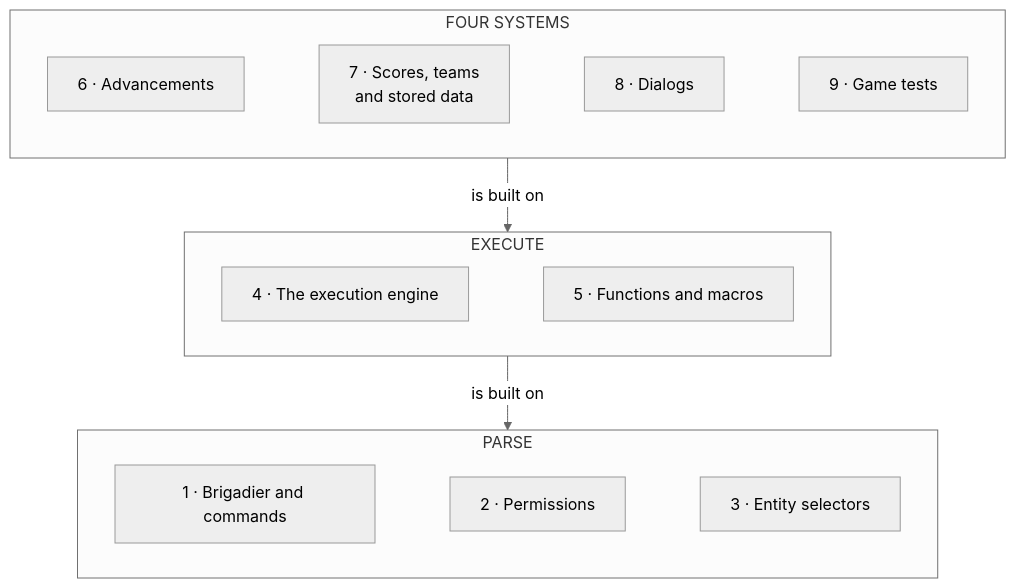
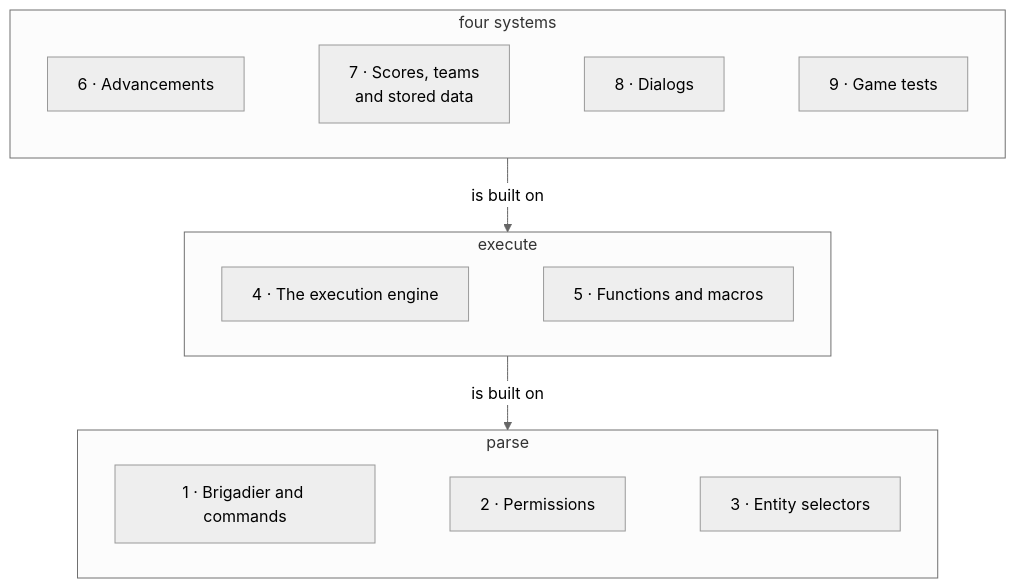
Before and after one commit to AlexanderjFraser/MinecraftDocs: the diagram in src/systems/commands/README.md, drawn with Mermaid (neutral theme). The commit also changed other lines of this file and 55 other files, not shown here.

First line of the commit message:
pass 7, session O — the close, before K: the figure gate strict, the landing figures read as one set, and one strike in thirty not borne out

````diff
--- a/src/systems/commands/README.md
+++ b/src/systems/commands/README.md
@@ -45,17 +45,17 @@
 ```mermaid
 flowchart TD
-    subgraph U["FOUR SYSTEMS"]
+    subgraph U["four systems"]
         direction LR
-        L5["6 · Advancements"] ~~~ L6["7 · Scores, teams<br/>and stored data"] ~~~ L7["8 · Dialogs"] ~~~ L8["9 · Game tests"]
+        L6["6 · Advancements"] ~~~ L7["7 · Scores, teams<br/>and stored data"] ~~~ L8["8 · Dialogs"] ~~~ L9["9 · Game tests"]
     end
     U -->|"is built on"| X
-    subgraph X["EXECUTE"]
+    subgraph X["execute"]
         direction LR
-        L3["4 · The execution engine"] ~~~ L4["5 · Functions and macros"]
+        L4["4 · The execution engine"] ~~~ L5["5 · Functions and macros"]
     end
     X -->|"is built on"| P
-    subgraph P["PARSE"]
+    subgraph P["parse"]
         direction LR
-        L1["1 · Brigadier and commands"] ~~~ L2["2 · Permissions"] ~~~ L2b["3 · Entity selectors"]
+        L1["1 · Brigadier and commands"] ~~~ L2["2 · Permissions"] ~~~ L3["3 · Entity selectors"]
     end
 ```
````
